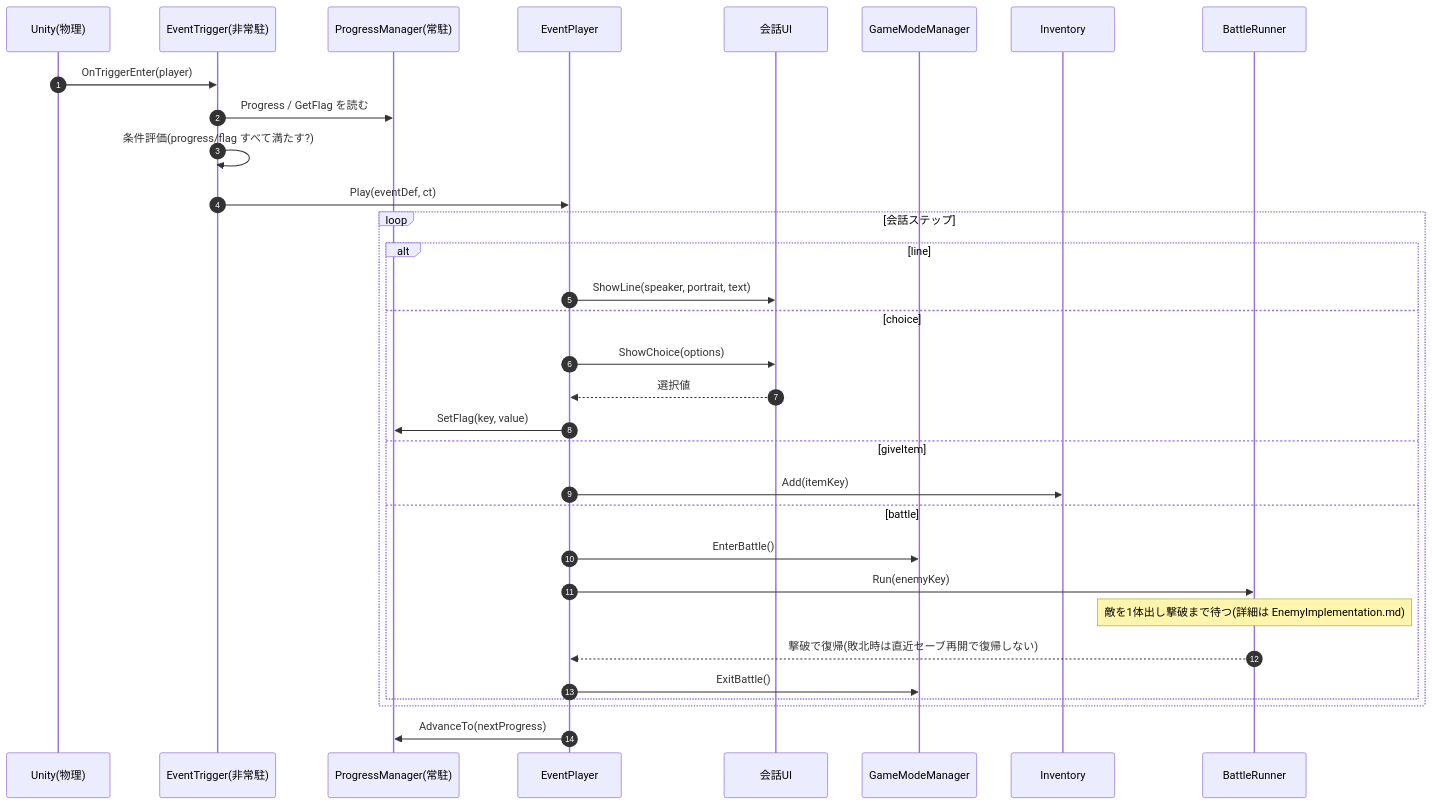
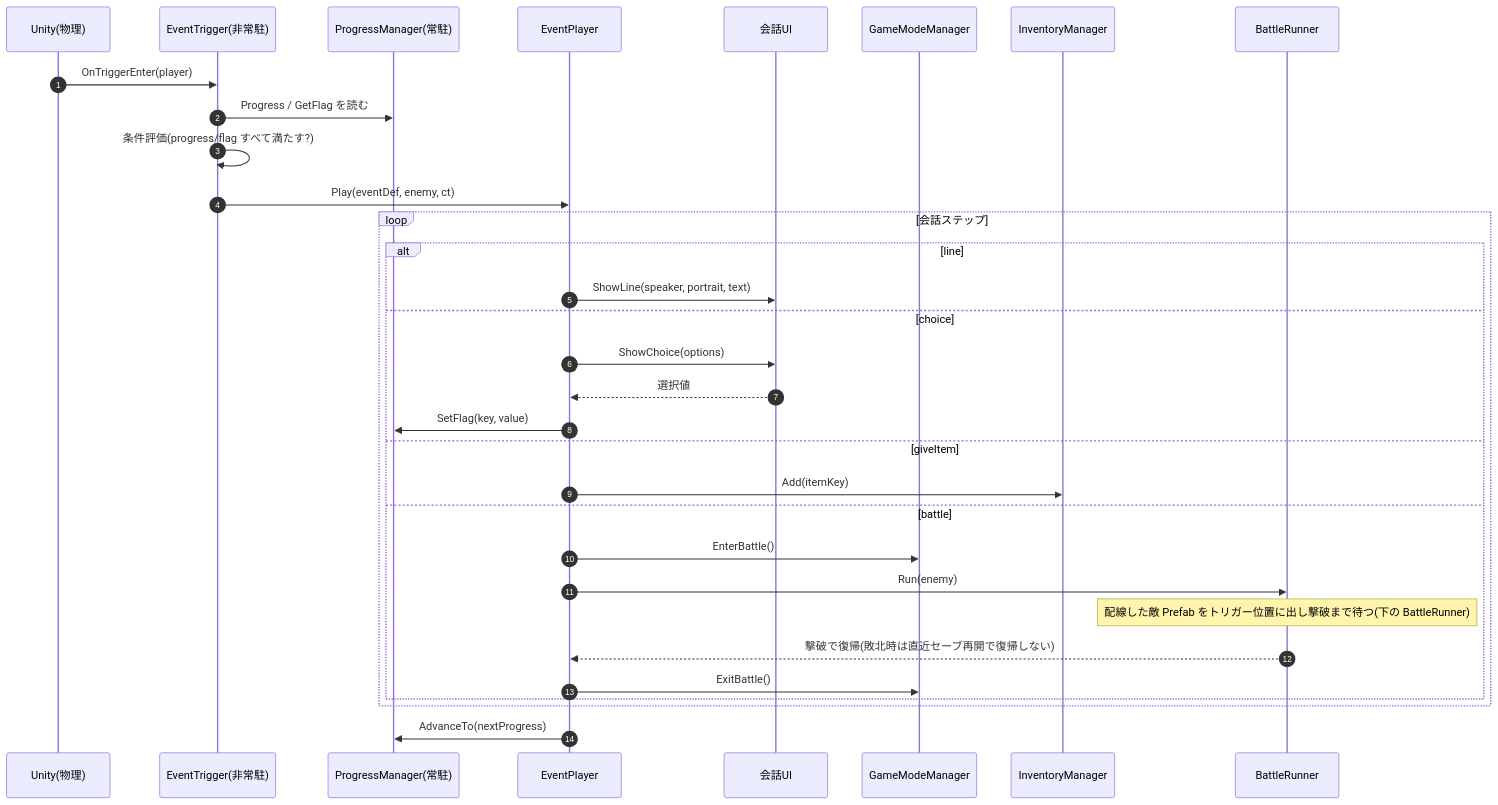
One commit to CreativeAI2026/documents changed the first of 2 diagrams in EventImplementation.md. Above: the diagram before and after it, drawn with Mermaid. The commit also changed other lines of this file, not shown here.

````diff
--- a/EventImplementation.md
+++ b/EventImplementation.md
@@ -45,35 +53,35 @@
 ```mermaid
 sequenceDiagram
     autonumber
     participant U as Unity(物理)
     participant ET as EventTrigger(非常駐)
     participant PM as ProgressManager(常駐)
     participant EP as EventPlayer
     participant TALK as 会話UI
     participant GMM as GameModeManager
-    participant INV as Inventory
+    participant INV as InventoryManager
     participant BR as BattleRunner
 
     U->>ET: OnTriggerEnter(player)
     ET->>PM: Progress / GetFlag を読む
     ET->>ET: 条件評価(progress/flag すべて満たす?)
-    ET->>EP: Play(eventDef, ct)
+    ET->>EP: Play(eventDef, enemy, ct)
     loop 会話ステップ
         alt line
             EP->>TALK: ShowLine(speaker, portrait, text)
         else choice
             EP->>TALK: ShowChoice(options)
             TALK-->>EP: 選択値
             EP->>PM: SetFlag(key, value)
         else giveItem
             EP->>INV: Add(itemKey)
         else battle
             EP->>GMM: EnterBattle()
-            EP->>BR: Run(enemyKey)
-            Note over BR: 敵を1体出し撃破まで待つ(詳細は EnemyImplementation.md)
+            EP->>BR: Run(enemy)
+            Note over BR: 配線した敵 Prefab をトリガー位置に出し撃破まで待つ(下の BattleRunner)
             BR-->>EP: 撃破で復帰(敗北時は直近セーブ再開で復帰しない)
             EP->>GMM: ExitBattle()
         end
     end
     EP->>PM: AdvanceTo(nextProgress)
 ```
````
